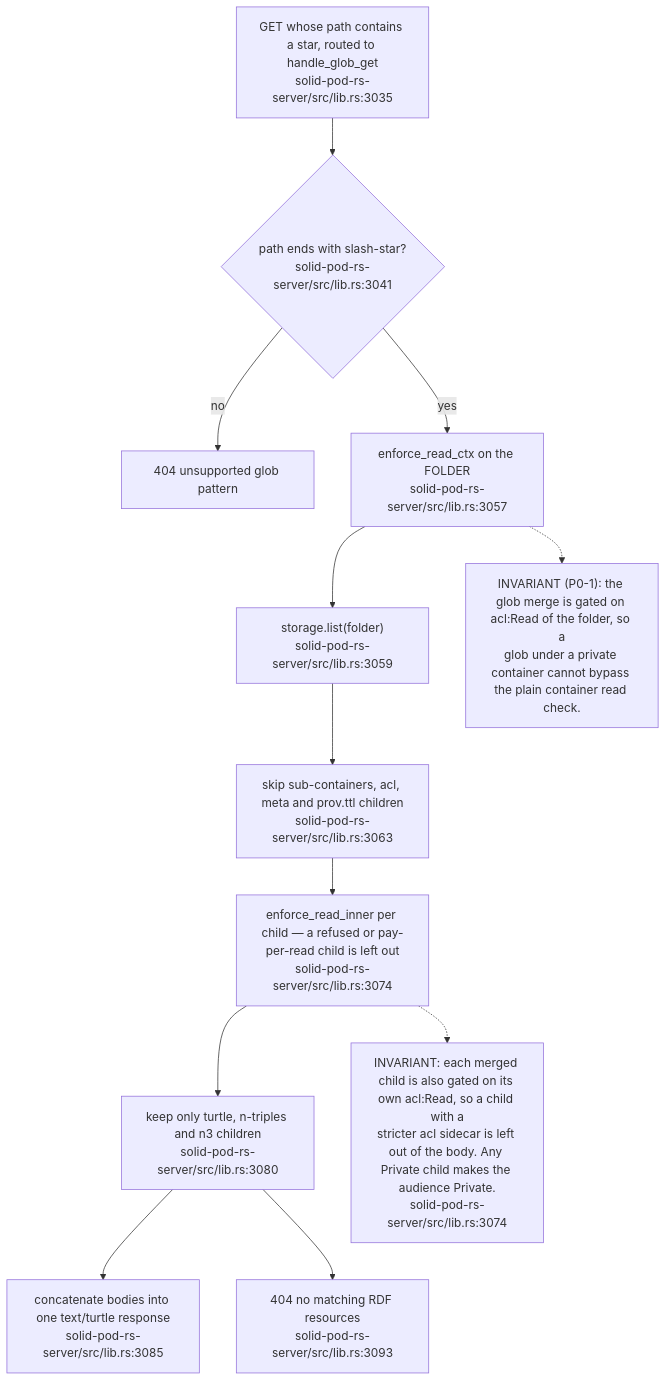
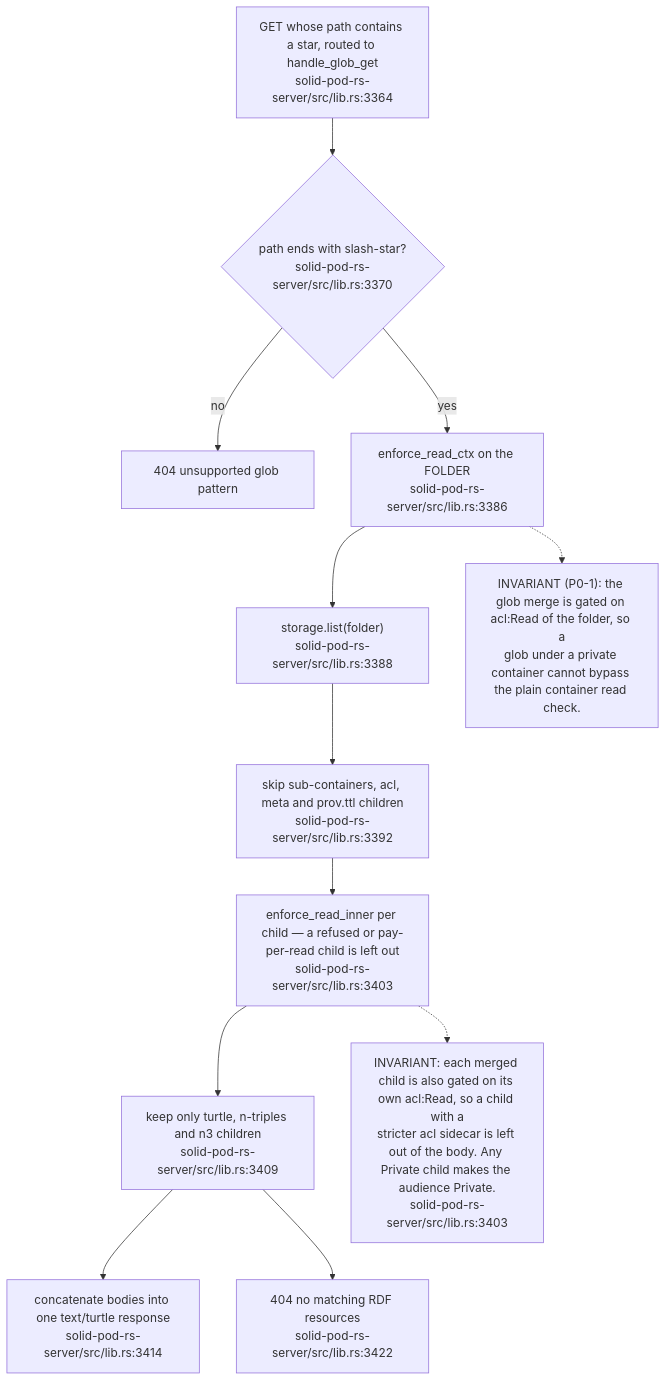
Before and after one commit to DreamLab-AI/VisionFlow: the eighth of 11 diagrams in docs/diagrams/solid-pod-rs/03-ldp-request-lifecycle.md, drawn with Mermaid. The commit also changed other lines of this file and 59 other files, not shown here.

First line of the commit message:
docs(diagrams): re-derive and re-stamp forum, website, pod, ontomark and sealmap topics

````diff
--- a/docs/diagrams/solid-pod-rs/03-ldp-request-lifecycle.md
+++ b/docs/diagrams/solid-pod-rs/03-ldp-request-lifecycle.md
@@ -265,23 +268,23 @@
 ```mermaid
 flowchart TD
-    IN["GET whose path contains a star, routed to handle_glob_get<br/>solid-pod-rs-server/src/lib.rs:3035"]
-    PAT{"path ends with slash-star?<br/>solid-pod-rs-server/src/lib.rs:3041"}
+    IN["GET whose path contains a star, routed to handle_glob_get<br/>solid-pod-rs-server/src/lib.rs:3364"]
+    PAT{"path ends with slash-star?<br/>solid-pod-rs-server/src/lib.rs:3370"}
     NF["404 unsupported glob pattern"]
-    GATE["enforce_read_ctx on the FOLDER<br/>solid-pod-rs-server/src/lib.rs:3057"]
-    LIST["storage.list(folder)<br/>solid-pod-rs-server/src/lib.rs:3059"]
-    SKIP["skip sub-containers, acl, meta and prov.ttl children<br/>solid-pod-rs-server/src/lib.rs:3063"]
-    CHILD["enforce_read_inner per child — a refused or pay-per-read child is left out<br/>solid-pod-rs-server/src/lib.rs:3074"]
-    FILTER["keep only turtle, n-triples and n3 children<br/>solid-pod-rs-server/src/lib.rs:3080"]
-    MERGE["concatenate bodies into one text/turtle response<br/>solid-pod-rs-server/src/lib.rs:3085"]
-    EMPTY["404 no matching RDF resources<br/>solid-pod-rs-server/src/lib.rs:3093"]
+    GATE["enforce_read_ctx on the FOLDER<br/>solid-pod-rs-server/src/lib.rs:3386"]
+    LIST["storage.list(folder)<br/>solid-pod-rs-server/src/lib.rs:3388"]
+    SKIP["skip sub-containers, acl, meta and prov.ttl children<br/>solid-pod-rs-server/src/lib.rs:3392"]
+    CHILD["enforce_read_inner per child — a refused or pay-per-read child is left out<br/>solid-pod-rs-server/src/lib.rs:3403"]
+    FILTER["keep only turtle, n-triples and n3 children<br/>solid-pod-rs-server/src/lib.rs:3409"]
+    MERGE["concatenate bodies into one text/turtle response<br/>solid-pod-rs-server/src/lib.rs:3414"]
+    EMPTY["404 no matching RDF resources<br/>solid-pod-rs-server/src/lib.rs:3422"]
 
     IN --> PAT
     PAT -- no --> NF
     PAT -- yes --> GATE --> LIST --> SKIP --> CHILD --> FILTER --> MERGE
     FILTER --> EMPTY
 
     N["INVARIANT (P0-1): the glob merge is gated on acl:Read of the folder, so a<br/>glob under a private container cannot bypass the plain container read check."]
     GATE -.-> N
-    N2["INVARIANT: each merged child is also gated on its own acl:Read, so a child with a<br/>stricter acl sidecar is left out of the body. Any Private child makes the audience Private.<br/>solid-pod-rs-server/src/lib.rs:3074"]
+    N2["INVARIANT: each merged child is also gated on its own acl:Read, so a child with a<br/>stricter acl sidecar is left out of the body. Any Private child makes the audience Private.<br/>solid-pod-rs-server/src/lib.rs:3403"]
     CHILD -.-> N2
 ```
````
